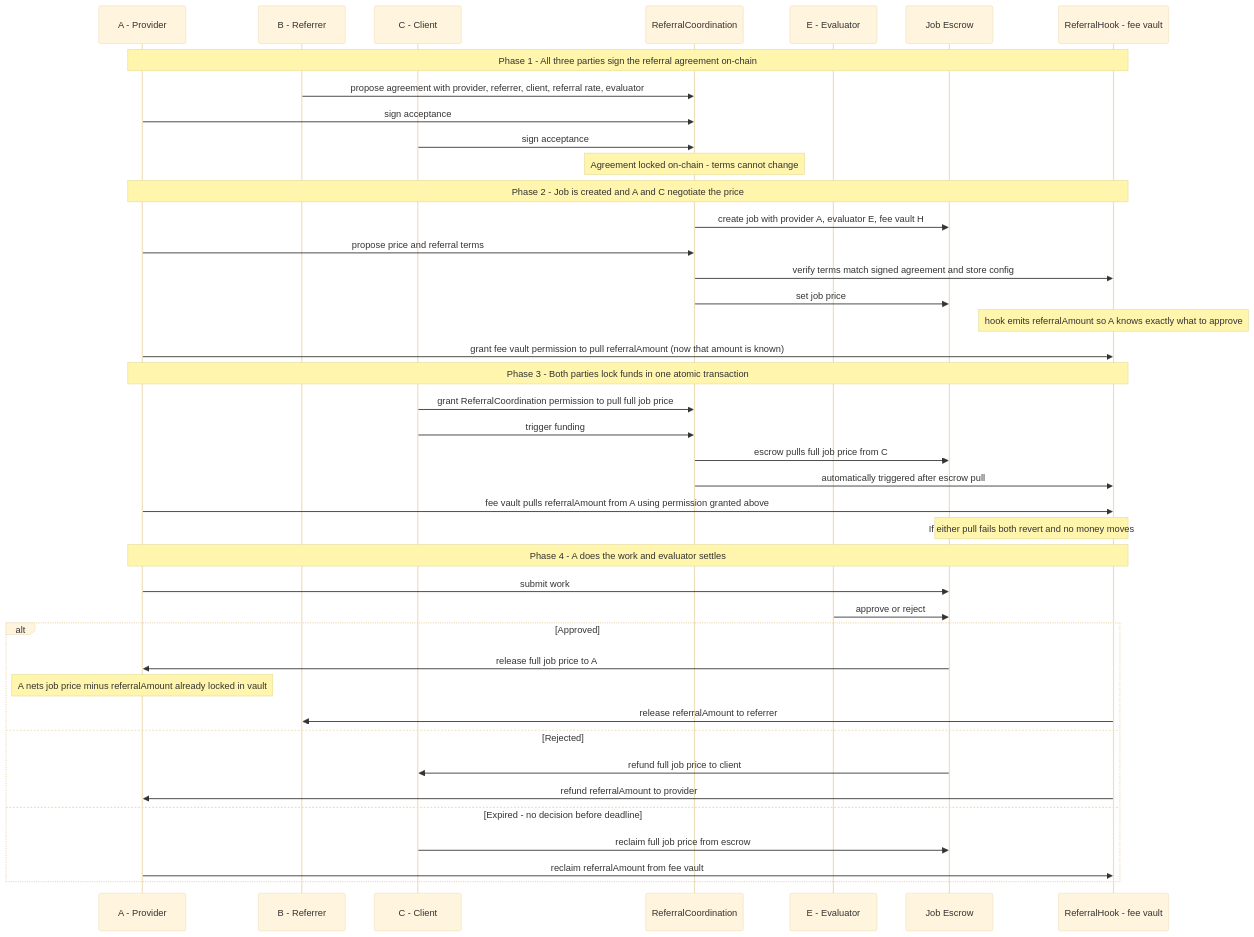
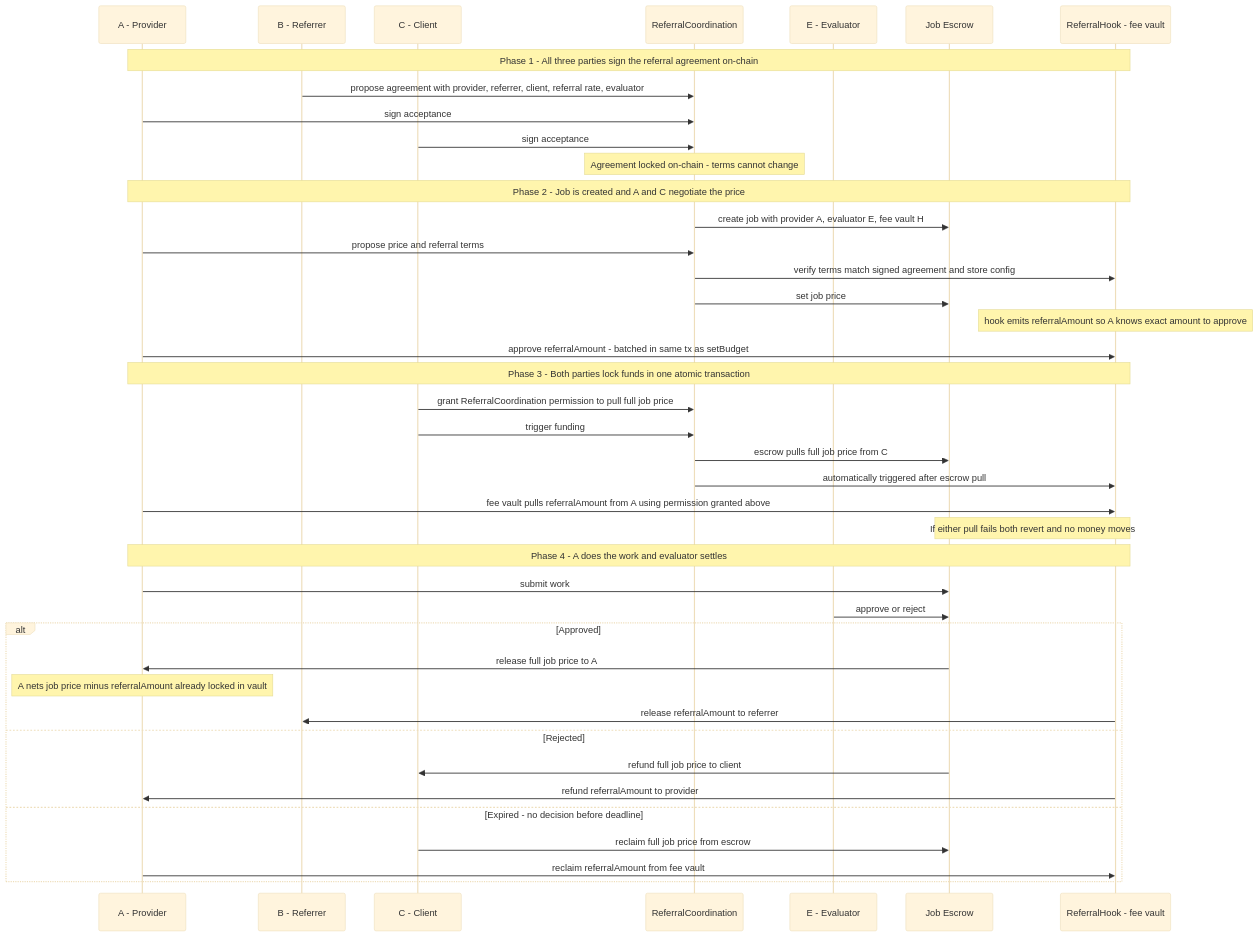
One commit to luca-nik/a2a-referral-erc changed the diagram in README.md. Above: the diagram before and after it, drawn with Mermaid (base theme). The commit also changed 1 other file, not shown here.

Commit message:
Clarify A approval: batched with setBudget, enforced by economic self-interest

````diff
--- a/README.md
+++ b/README.md
@@ -57,52 +57,52 @@
 ```mermaid
 sequenceDiagram
     participant A as A - Provider
     participant B as B - Referrer
     participant C as C - Client
     participant RC as ReferralCoordination
     participant E as E - Evaluator
     participant ESC as Job Escrow
     participant H as ReferralHook - fee vault
 
     note over A,H: Phase 1 - All three parties sign the referral agreement on-chain
 
     B->>RC: propose agreement with provider, referrer, client, referral rate, evaluator
     A->>RC: sign acceptance
     C->>RC: sign acceptance
     note over RC: Agreement locked on-chain - terms cannot change
 
     note over A,H: Phase 2 - Job is created and A and C negotiate the price
 
     RC->>ESC: create job with provider A, evaluator E, fee vault H
     A->>RC: propose price and referral terms
     RC->>H: verify terms match signed agreement and store config
     RC->>ESC: set job price
-    note over H: hook emits referralAmount so A knows exactly what to approve
-    A->>H: grant fee vault permission to pull referralAmount (now that amount is known)
+    note over H: hook emits referralAmount so A knows exact amount to approve
+    A->>H: approve referralAmount - batched in same tx as setBudget
 
     note over A,H: Phase 3 - Both parties lock funds in one atomic transaction
 
     C->>RC: grant ReferralCoordination permission to pull full job price
     C->>RC: trigger funding
     RC->>ESC: escrow pulls full job price from C
     RC->>H: automatically triggered after escrow pull
     A->>H: fee vault pulls referralAmount from A using permission granted above
     note over ESC,H: If either pull fails both revert and no money moves
 
     note over A,H: Phase 4 - A does the work and evaluator settles
 
     A->>ESC: submit work
     E->>ESC: approve or reject
 
     alt Approved
         ESC->>A: release full job price to A
         note over A: A nets job price minus referralAmount already locked in vault
         H->>B: release referralAmount to referrer
     else Rejected
         ESC->>C: refund full job price to client
         H->>A: refund referralAmount to provider
     else Expired - no decision before deadline
         C->>ESC: reclaim full job price from escrow
         A->>H: reclaim referralAmount from fee vault
     end
 ```
````
